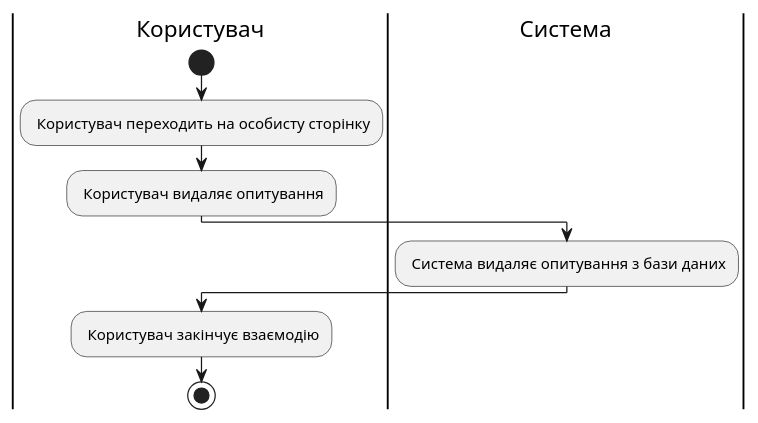
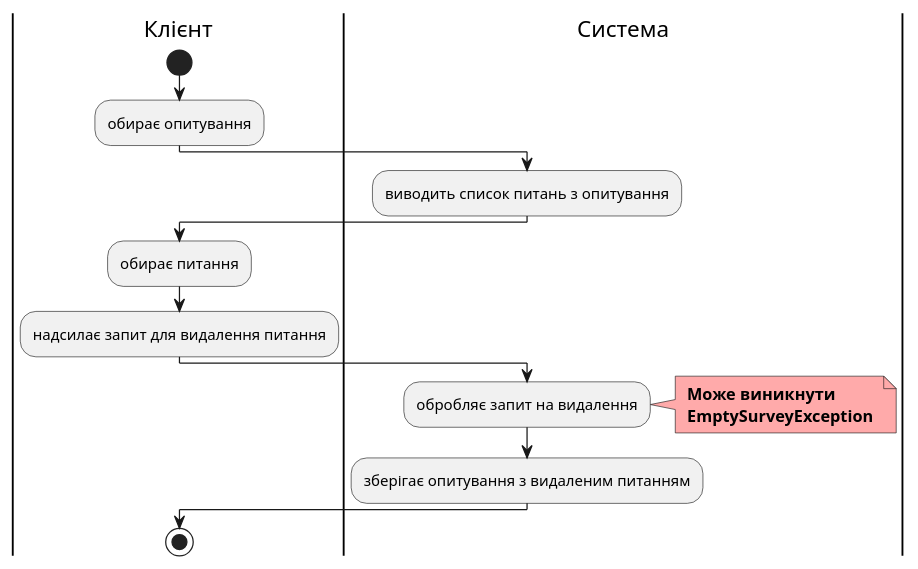
The tenth of 15 diagrams in docs/use cases/README.md (xivihwa/edu-db-cw-group1_violetta), drawn with PlantUML before and after one commit. The commit also changed other lines of this file, not shown here.

```diff
--- a/docs/use cases/README.md
+++ b/docs/use cases/README.md
@@ -322,15 +368,25 @@
 @startuml
-|Користувач|
-start;
-: Користувач переходить на особисту сторінку;
-: Користувач видаляє опитування;
 
-|Система|
-: Система видаляє опитування з бази даних;
+    |Клієнт| 
+    start; 
+    :обирає опитування;
 
-|Користувач|
-: Користувач закінчує взаємодію;
+    |Система|
+    :виводить список питань з опитування;
 
-|Користувач|
-stop;
+    |Клієнт|
+    :обирає питання;
+    :надсилає запит для видалення питання;
+
+    |Система| 
+    :обробляє запит на видалення; 
+    note right #ffaaaa 
+    <b> Може виникнути 
+    <b> EmptySurveyException 
+    end note 
+    :зберігає опитування з видаленим питанням; 
+     
+    |Клієнт| 
+    stop; 
+
 @enduml
```
